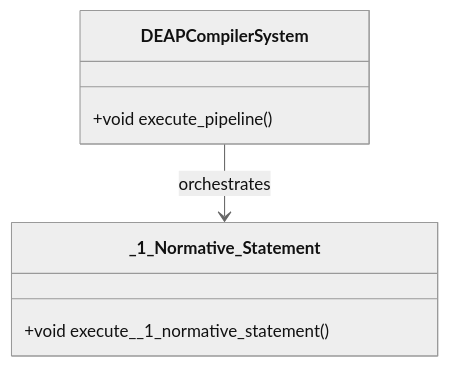
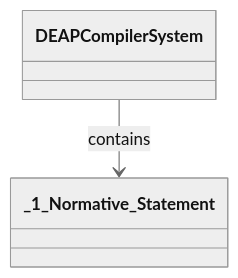
The diagram in docs/features/FEAT-07-_1_Normative_Statement.md (gintatkinson/dumpiler-01), drawn with Mermaid (neutral theme) before and after one commit. The commit also changed other lines of this file and 101 other files, not shown here.

````diff
--- a/docs/features/FEAT-07-_1_Normative_Statement.md
+++ b/docs/features/FEAT-07-_1_Normative_Statement.md
@@ -25,10 +29,6 @@
 ```mermaid
 classDiagram
-    class DEAPCompilerSystem {
-        +void execute_pipeline()
-    }
-    class _1_Normative_Statement {
-        +void execute__1_normative_statement()
-    }
-    DEAPCompilerSystem --> _1_Normative_Statement : orchestrates
+    class DEAPCompilerSystem
+    class _1_Normative_Statement
+    DEAPCompilerSystem --> _1_Normative_Statement : contains
 ```
````
